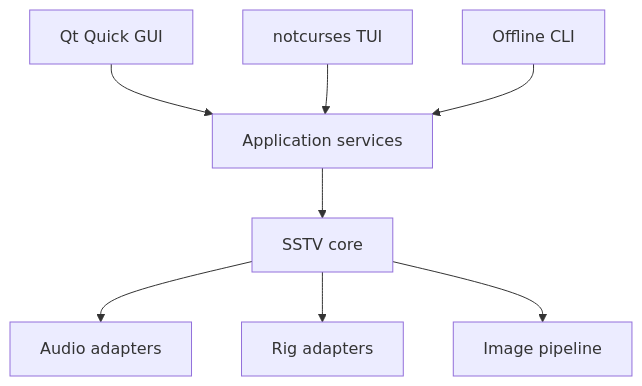
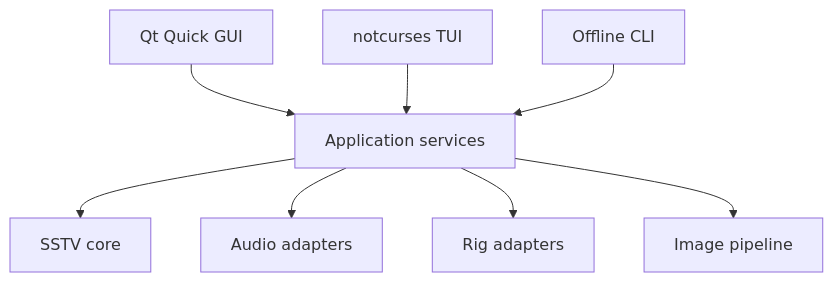
Before and after one commit to M6VPN/scanline-sstv: the first of 2 diagrams in docs/ARCHITECTURE.md, drawn with Mermaid. The commit also changed other lines of this file and 13 other files, not shown here.

````diff
--- a/docs/ARCHITECTURE.md
+++ b/docs/ARCHITECTURE.md
@@ -8,10 +8,10 @@
 ```mermaid
 flowchart TD
   GUI["Qt Quick GUI"] --> APP["Application services"]
   TUI["notcurses TUI"] --> APP
   CLI["Offline CLI"] --> APP
   APP --> CORE["SSTV core"]
-  CORE --> AUDIO["Audio adapters"]
-  CORE --> RIG["Rig adapters"]
-  CORE --> IMAGE["Image pipeline"]
+  APP --> AUDIO["Audio adapters"]
+  APP --> RIG["Rig adapters"]
+  APP --> IMAGE["Image pipeline"]
 ```
````
